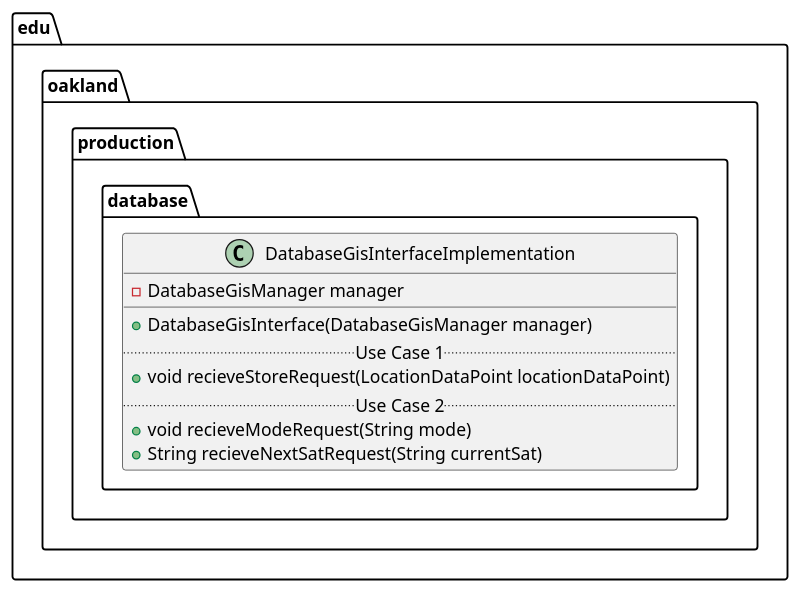
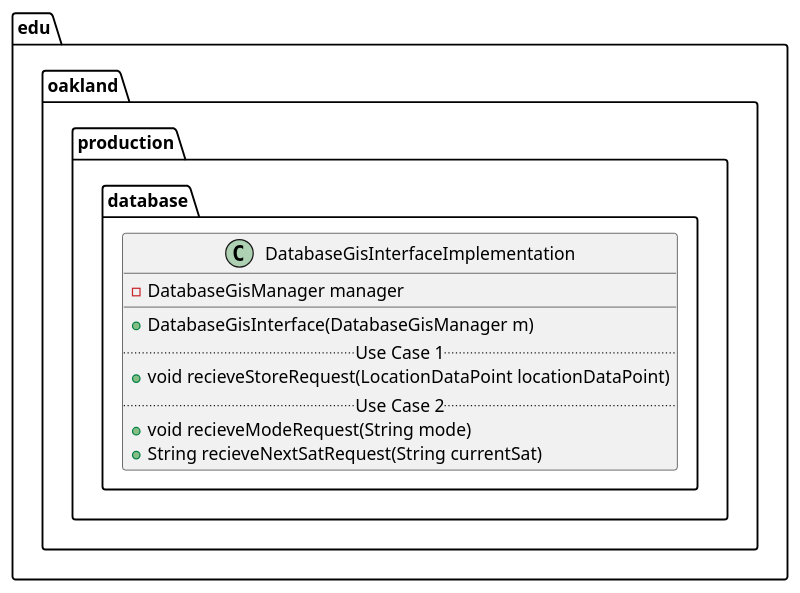
The diagram in docs/uml-class-diagrams/database/production/DatabaseGisInterfaceImplementation/DatabaseGisInterfaceImplementation.puml (andrewdimmer/csi-3370-software-project), drawn with PlantUML before and after one commit. The commit also changed 540 other files, not shown here.

First line of the commit message:
[Admin] Update PUML Diagrams to Reflect Production Code/Tests (#168)

```diff
--- a/docs/uml-class-diagrams/database/production/DatabaseGisInterfaceImplementation/DatabaseGisInterfaceImplementation.puml
+++ b/docs/uml-class-diagrams/database/production/DatabaseGisInterfaceImplementation/DatabaseGisInterfaceImplementation.puml
@@ -1,16 +1,16 @@
 @startuml DatabaseGisInterfaceImplementation
 
 package edu.oakland.production.database {
     class DatabaseGisInterfaceImplementation {
         - DatabaseGisManager manager
         __
-        + DatabaseGisInterface(DatabaseGisManager manager)
+        + DatabaseGisInterface(DatabaseGisManager m)
         .. Use Case 1 ..
         + void recieveStoreRequest(LocationDataPoint locationDataPoint)
         .. Use Case 2 ..
         + void recieveModeRequest(String mode)
         + String recieveNextSatRequest(String currentSat)
     }
 }
 
 @enduml
```
